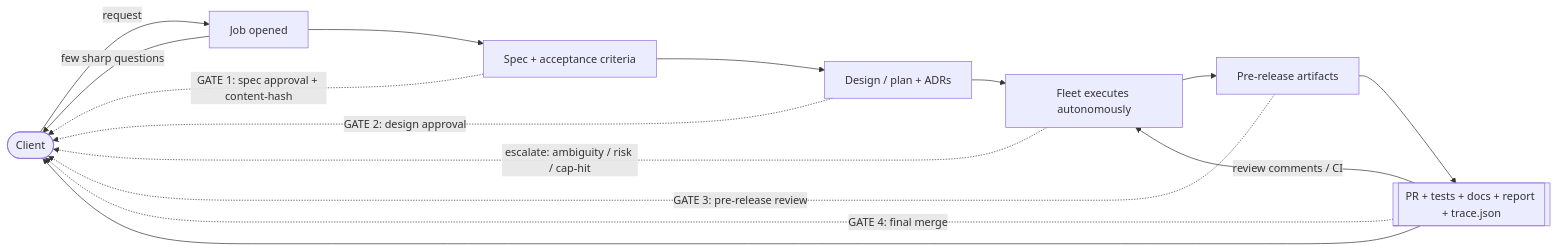
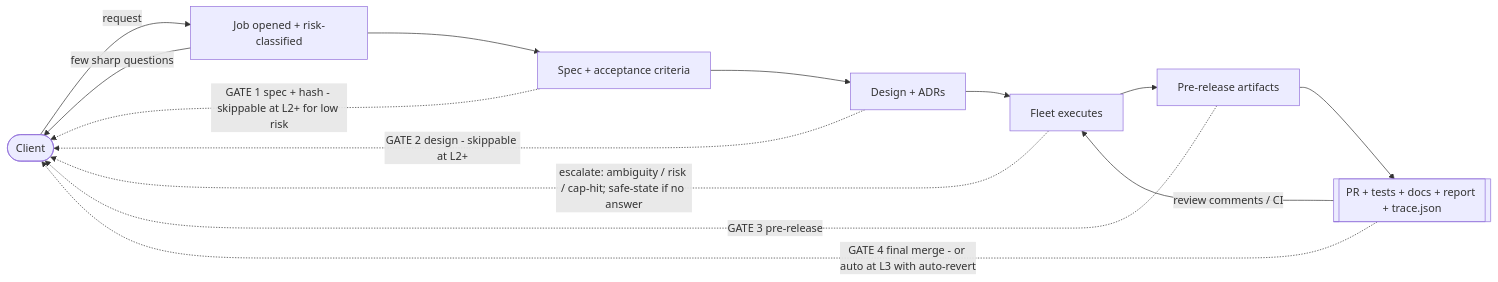
One commit to JNK234/claude-dotfiles changed diagram 13 of 14 in research/autonomous-agent-fleet.md. Above: the diagram before and after it, drawn with Mermaid. The commit also changed other lines of this file, not shown here.

First line of the commit message:
Revise design doc to v3 after adversarial critique round 1

````diff
--- a/research/autonomous-agent-fleet.md
+++ b/research/autonomous-agent-fleet.md
@@ -459,17 +446,16 @@
 ```mermaid
 flowchart LR
-    C([Client]) -->|request| JOB[Job opened]
-    JOB -->|few sharp questions| C
-    JOB --> SPEC[Spec + acceptance criteria]
-    SPEC -.->|GATE 1: spec approval + content-hash| C
-    SPEC --> PLAN[Design / plan + ADRs]
-    PLAN -.->|GATE 2: design approval| C
-    PLAN --> RUN[Fleet executes autonomously]
-    RUN -.->|escalate: ambiguity / risk / cap-hit| C
-    RUN --> PRE[Pre-release artifacts]
-    PRE -.->|GATE 3: pre-release review| C
-    PRE --> DELIV[[PR + tests + docs + report + trace.json]]
-    DELIV -.->|GATE 4: final merge| C
-    DELIV -->|review comments / CI| RUN
-    DELIV --> C
+  C([Client])-->|request|J[Job opened + risk-classified]
+  J-->|few sharp questions|C
+  J-->SP[Spec + acceptance criteria]
+  SP -.->|GATE 1 spec + hash - skippable at L2+ for low risk|C
+  SP-->PL[Design + ADRs]
+  PL -.->|GATE 2 design - skippable at L2+|C
+  PL-->RUN[Fleet executes]
+  RUN -.->|escalate: ambiguity / risk / cap-hit; safe-state if no answer|C
+  RUN-->PRE[Pre-release artifacts]
+  PRE -.->|GATE 3 pre-release|C
+  PRE-->Dl[[PR + tests + docs + report + trace.json]]
+  Dl -.->|GATE 4 final merge - or auto at L3 with auto-revert|C
+  Dl-->|review comments / CI|RUN
 ```
````
